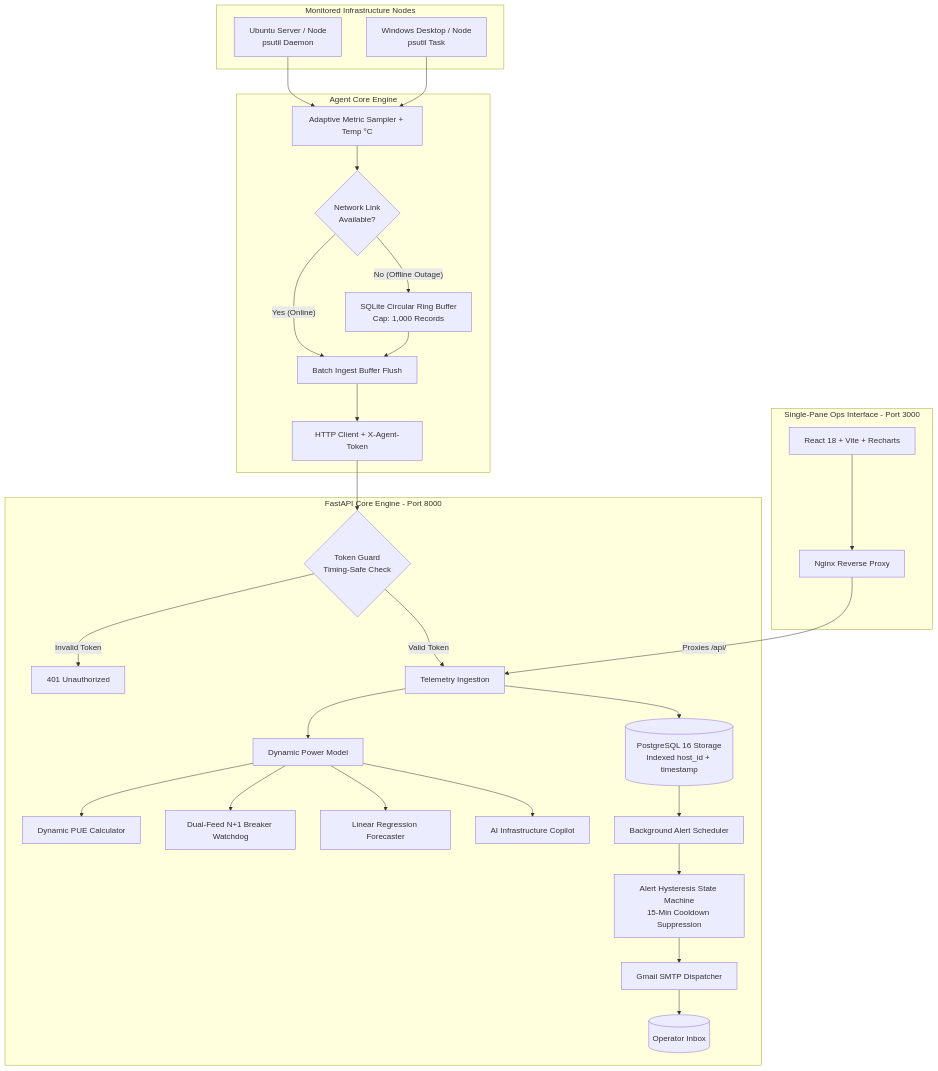
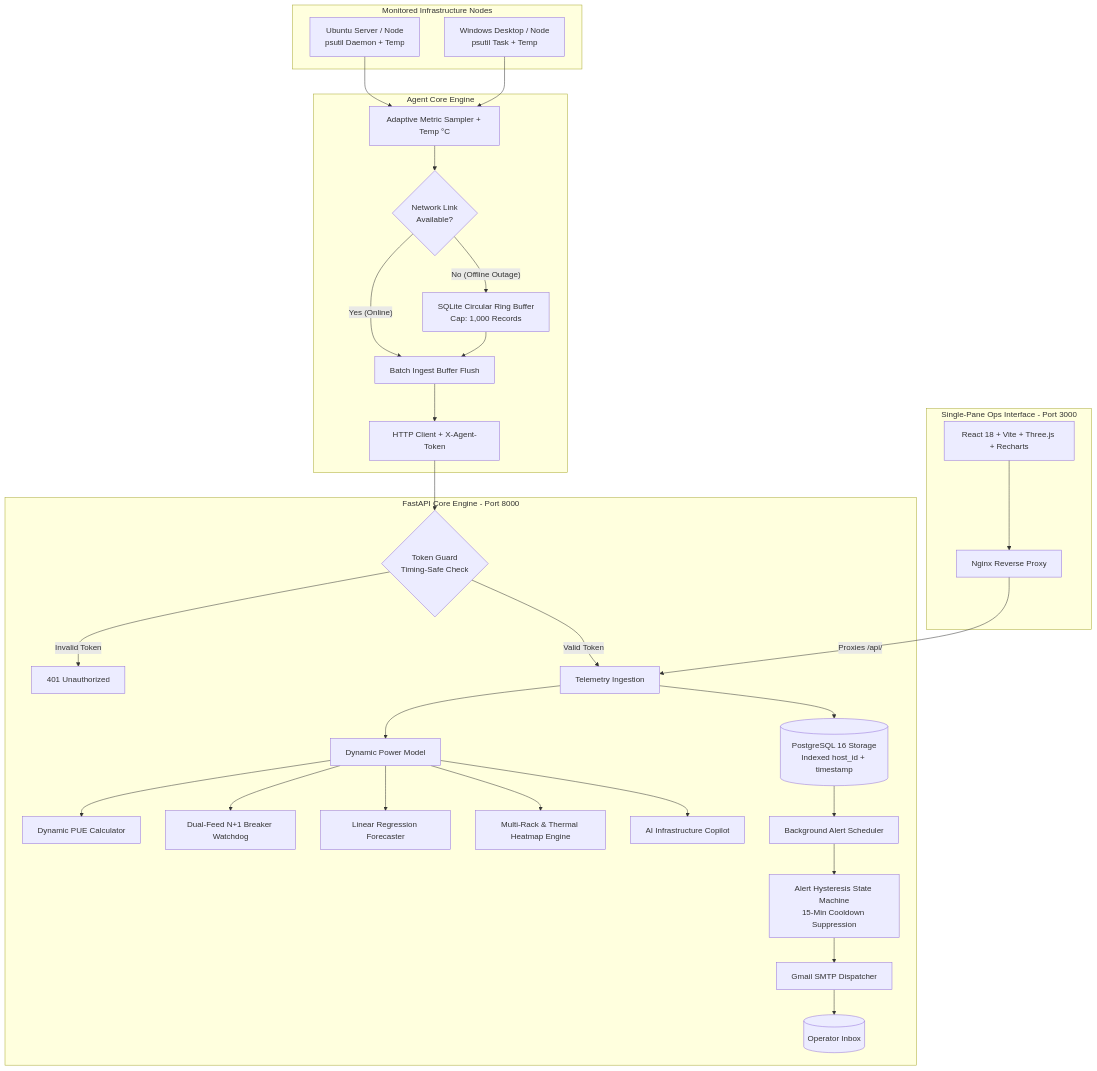
Before and after one commit to Disorn1998/infrapulse: the first of 2 diagrams in README.md, drawn with Mermaid. The commit also changed other lines of this file and 6 other files, not shown here.

Commit message:
docs: update README and comprehensive Thai & English user manuals with 8-zone 3D/2D architecture and centered inspector guide

````diff
--- a/README.md
+++ b/README.md
@@ -104,40 +162,41 @@
 ```mermaid
 flowchart TD
     subgraph Monitored_Nodes [Monitored Infrastructure Nodes]
-        U[Ubuntu Server / Node<br/>psutil Daemon]
-        W[Windows Desktop / Node<br/>psutil Task]
+        U[Ubuntu Server / Node<br/>psutil Daemon + Temp]
+        W[Windows Desktop / Node<br/>psutil Task + Temp]
     end
 
     subgraph Client_Agent_Layer [Agent Core Engine]
         U --> SAMP[Adaptive Metric Sampler + Temp °C]
         W --> SAMP
         SAMP --> NET_CHECK{Network Link<br/>Available?}
         NET_CHECK -- No (Offline Outage) --> BUF[SQLite Circular Ring Buffer<br/>Cap: 1,000 Records]
         NET_CHECK -- Yes (Online) --> FLUSH[Batch Ingest Buffer Flush]
         FLUSH --> HTTP_TX[HTTP Client + X-Agent-Token]
         BUF --> FLUSH
     end
 
     subgraph Backend_Gateway [FastAPI Core Engine - Port 8000]
         HTTP_TX --> AUTH{Token Guard<br/>Timing-Safe Check}
         AUTH -- Invalid Token --> REJ[401 Unauthorized]
         AUTH -- Valid Token --> INGEST[Telemetry Ingestion]
         INGEST --> DB[(PostgreSQL 16 Storage<br/>Indexed host_id + timestamp)]
         
         INGEST --> PWR_ENG[Dynamic Power Model]
         PWR_ENG --> PUE_ENG[Dynamic PUE Calculator]
         PWR_ENG --> RED_ENG[Dual-Feed N+1 Breaker Watchdog]
         PWR_ENG --> CAP_ENG[Linear Regression Forecaster]
+        PWR_ENG --> RACK_ENG[Multi-Rack & Thermal Heatmap Engine]
         PWR_ENG --> AI_ENG[AI Infrastructure Copilot]
         
         DB --> SCHED[Background Alert Scheduler]
         SCHED --> ALERT_FSM[Alert Hysteresis State Machine<br/>15-Min Cooldown Suppression]
         ALERT_FSM --> SMTP[Gmail SMTP Dispatcher]
         SMTP --> MAIL[(Operator Inbox)]
     end
 
     subgraph Web_Dashboard [Single-Pane Ops Interface - Port 3000]
         NGINX[Nginx Reverse Proxy] -->|Proxies /api/| INGEST
-        SPA[React 18 + Vite + Recharts] --> NGINX
+        SPA[React 18 + Vite + Three.js + Recharts] --> NGINX
     end
 ```
````
